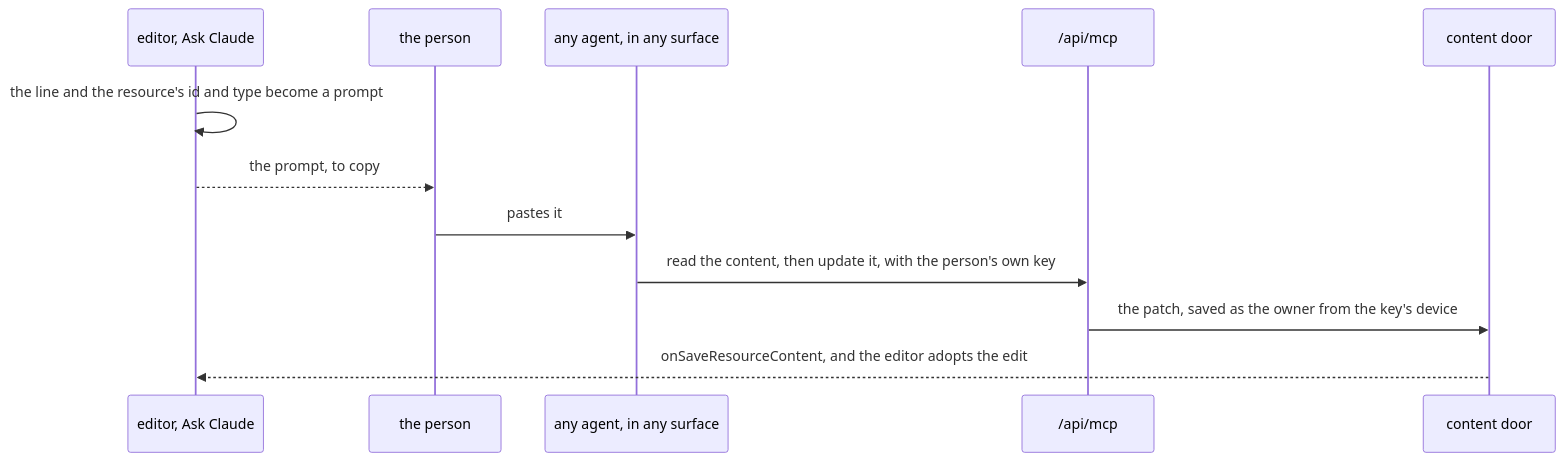
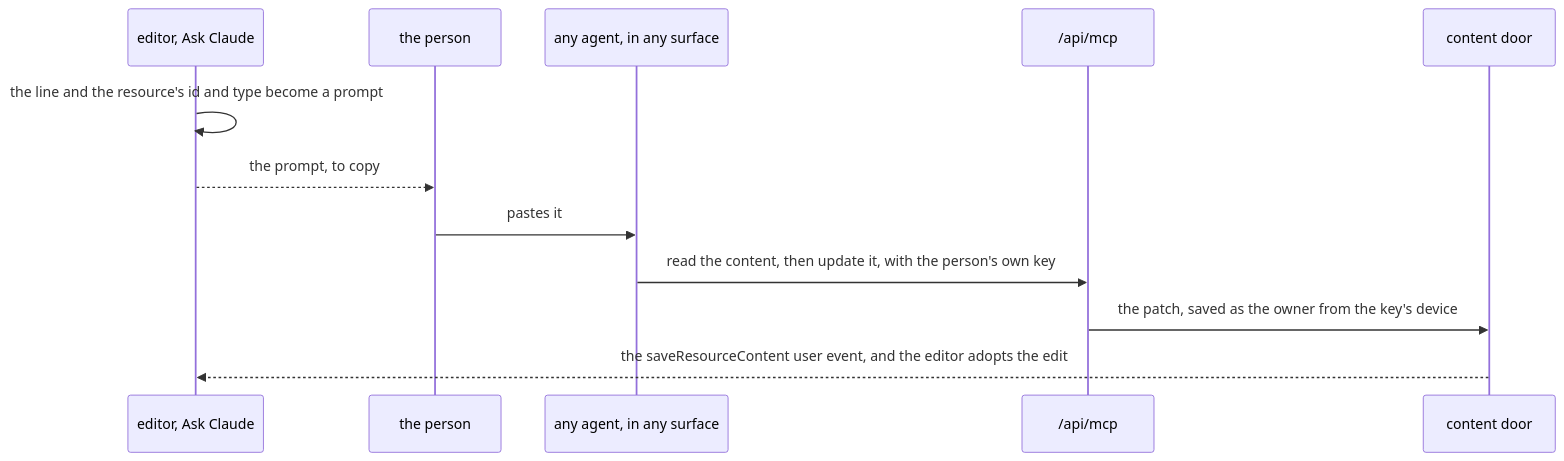
One commit to Esposter/Esposter changed the diagram in openspec/specs/architecture/ai-native-resources/in-product-assistant/design.md. Above: the diagram before and after it, drawn with Mermaid. The commit also changed 31 other files, not shown here.

````diff
--- a/openspec/specs/architecture/ai-native-resources/in-product-assistant/design.md
+++ b/openspec/specs/architecture/ai-native-resources/in-product-assistant/design.md
@@ -9,14 +9,14 @@
 ```mermaid
 sequenceDiagram
   participant E as editor, Ask Claude
   participant P as the person
   participant A as any agent, in any surface
   participant M as /api/mcp
   participant D as content door
   E->>E: the line and the resource's id and type become a prompt
   E-->>P: the prompt, to copy
   P->>A: pastes it
   A->>M: read the content, then update it, with the person's own key
   M->>D: the patch, saved as the owner from the key's device
-  D-->>E: onSaveResourceContent, and the editor adopts the edit
+  D-->>E: the saveResourceContent user event, and the editor adopts the edit
 ```
````
